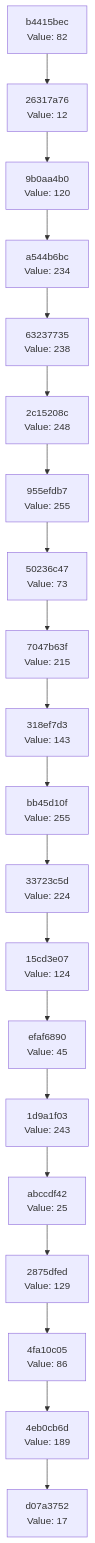
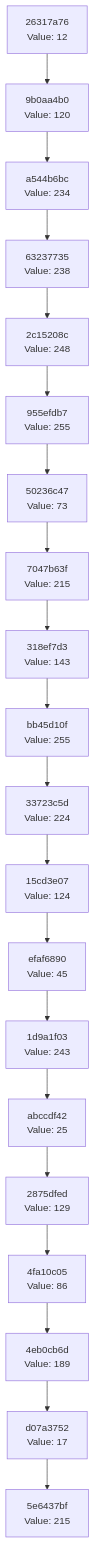
One commit to Abhisheksinha1506/hash-chain-evolver changed the diagram in docs/CHAIN_VISUALIZATION.md. Above: the diagram before and after it, drawn with Mermaid. The commit also changed 2 other files, not shown here.

Commit message:
Evolution step: hash 0xD7 → action executed

````diff
--- a/docs/CHAIN_VISUALIZATION.md
+++ b/docs/CHAIN_VISUALIZATION.md
@@ -3,42 +3,42 @@
 ```mermaid
 graph TD
-    C0["d07a3752<br/>Value: 17"]
-    C1["4eb0cb6d<br/>Value: 189"]
+    C0["5e6437bf<br/>Value: 215"]
+    C1["d07a3752<br/>Value: 17"]
     C1 --> C0
-    C2["4fa10c05<br/>Value: 86"]
+    C2["4eb0cb6d<br/>Value: 189"]
     C2 --> C1
-    C3["2875dfed<br/>Value: 129"]
+    C3["4fa10c05<br/>Value: 86"]
     C3 --> C2
-    C4["abccdf42<br/>Value: 25"]
+    C4["2875dfed<br/>Value: 129"]
     C4 --> C3
-    C5["1d9a1f03<br/>Value: 243"]
+    C5["abccdf42<br/>Value: 25"]
     C5 --> C4
-    C6["efaf6890<br/>Value: 45"]
+    C6["1d9a1f03<br/>Value: 243"]
     C6 --> C5
-    C7["15cd3e07<br/>Value: 124"]
+    C7["efaf6890<br/>Value: 45"]
     C7 --> C6
-    C8["33723c5d<br/>Value: 224"]
+    C8["15cd3e07<br/>Value: 124"]
     C8 --> C7
-    C9["bb45d10f<br/>Value: 255"]
+    C9["33723c5d<br/>Value: 224"]
     C9 --> C8
-    C10["318ef7d3<br/>Value: 143"]
+    C10["bb45d10f<br/>Value: 255"]
     C10 --> C9
-    C11["7047b63f<br/>Value: 215"]
+    C11["318ef7d3<br/>Value: 143"]
     C11 --> C10
-    C12["50236c47<br/>Value: 73"]
+    C12["7047b63f<br/>Value: 215"]
     C12 --> C11
-    C13["955efdb7<br/>Value: 255"]
+    C13["50236c47<br/>Value: 73"]
     C13 --> C12
-    C14["2c15208c<br/>Value: 248"]
+    C14["955efdb7<br/>Value: 255"]
     C14 --> C13
-    C15["63237735<br/>Value: 238"]
+    C15["2c15208c<br/>Value: 248"]
     C15 --> C14
-    C16["a544b6bc<br/>Value: 234"]
+    C16["63237735<br/>Value: 238"]
     C16 --> C15
-    C17["9b0aa4b0<br/>Value: 120"]
+    C17["a544b6bc<br/>Value: 234"]
     C17 --> C16
-    C18["26317a76<br/>Value: 12"]
+    C18["9b0aa4b0<br/>Value: 120"]
     C18 --> C17
-    C19["b4415bec<br/>Value: 82"]
+    C19["26317a76<br/>Value: 12"]
     C19 --> C18
 ```
````
